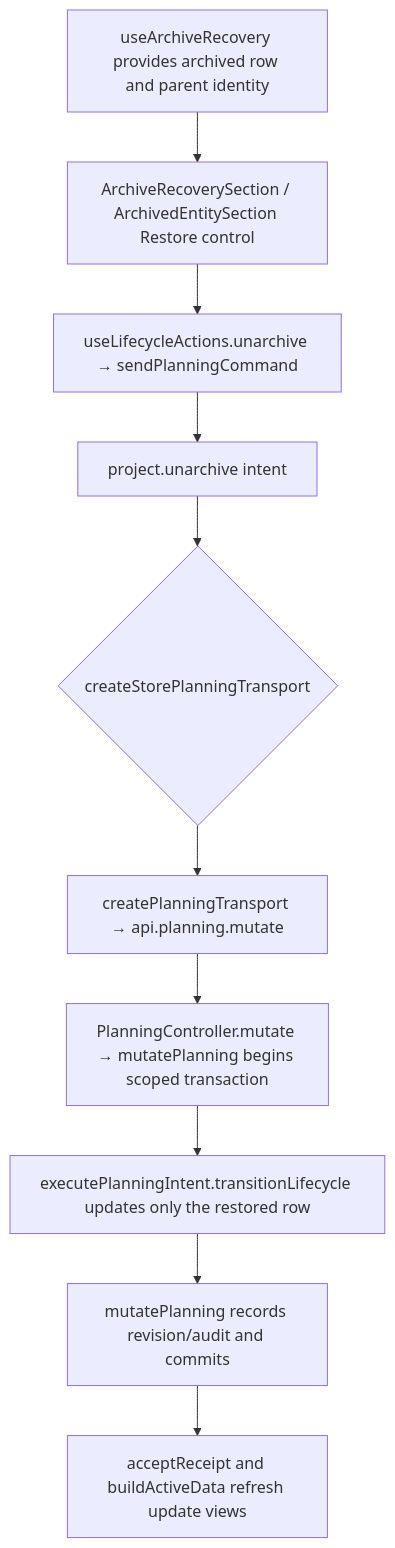
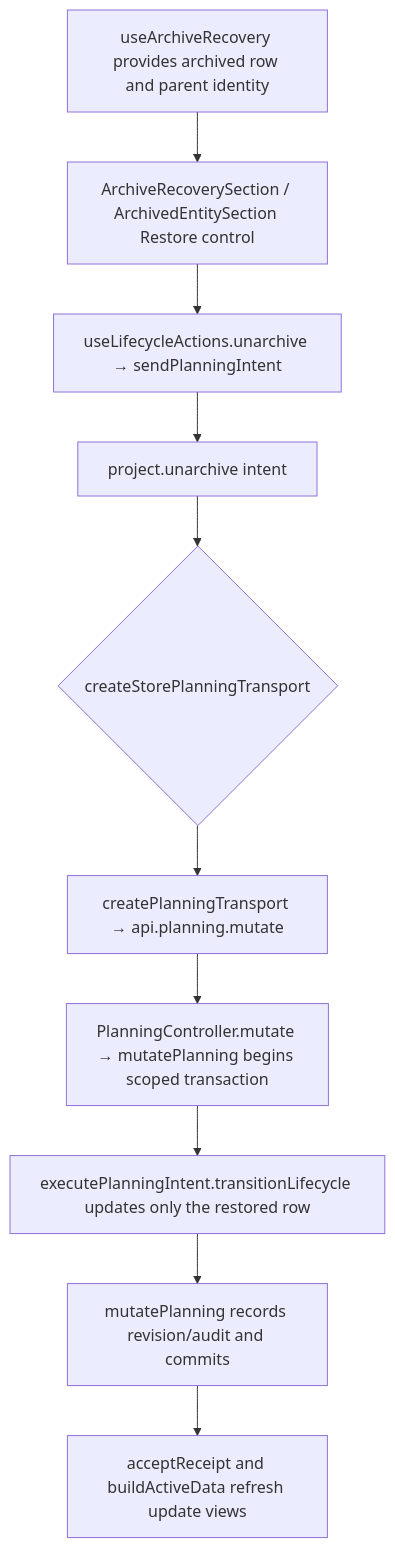
The second of 2 diagrams in user-stories/projects/US-PRJ-06-restore-project.md (Kevinjohn/capacitylens), drawn with Mermaid before and after one commit. The commit also changed 55 other files, not shown here.

First line of the commit message:
Planning intent: rename planning commands to intents

````diff
--- a/user-stories/projects/US-PRJ-06-restore-project.md
+++ b/user-stories/projects/US-PRJ-06-restore-project.md
@@ -26,8 +26,8 @@
 ```mermaid
 flowchart TD
   A["useArchiveRecovery provides archived row and parent identity"] --> B["ArchiveRecoverySection / ArchivedEntitySection Restore control"]
-  B --> C["useLifecycleActions.unarchive → sendPlanningCommand"] --> D["project.unarchive intent"]
+  B --> C["useLifecycleActions.unarchive → sendPlanningIntent"] --> D["project.unarchive intent"]
   D --> E{"createStorePlanningTransport"}
   E --> F["createPlanningTransport → api.planning.mutate"] --> G["PlanningController.mutate → mutatePlanning begins scoped transaction"]
   G --> H["executePlanningIntent.transitionLifecycle updates only the restored row"] --> K["mutatePlanning records revision/audit and commits"] --> J["acceptReceipt and buildActiveData refresh update views"]
 ```
````
